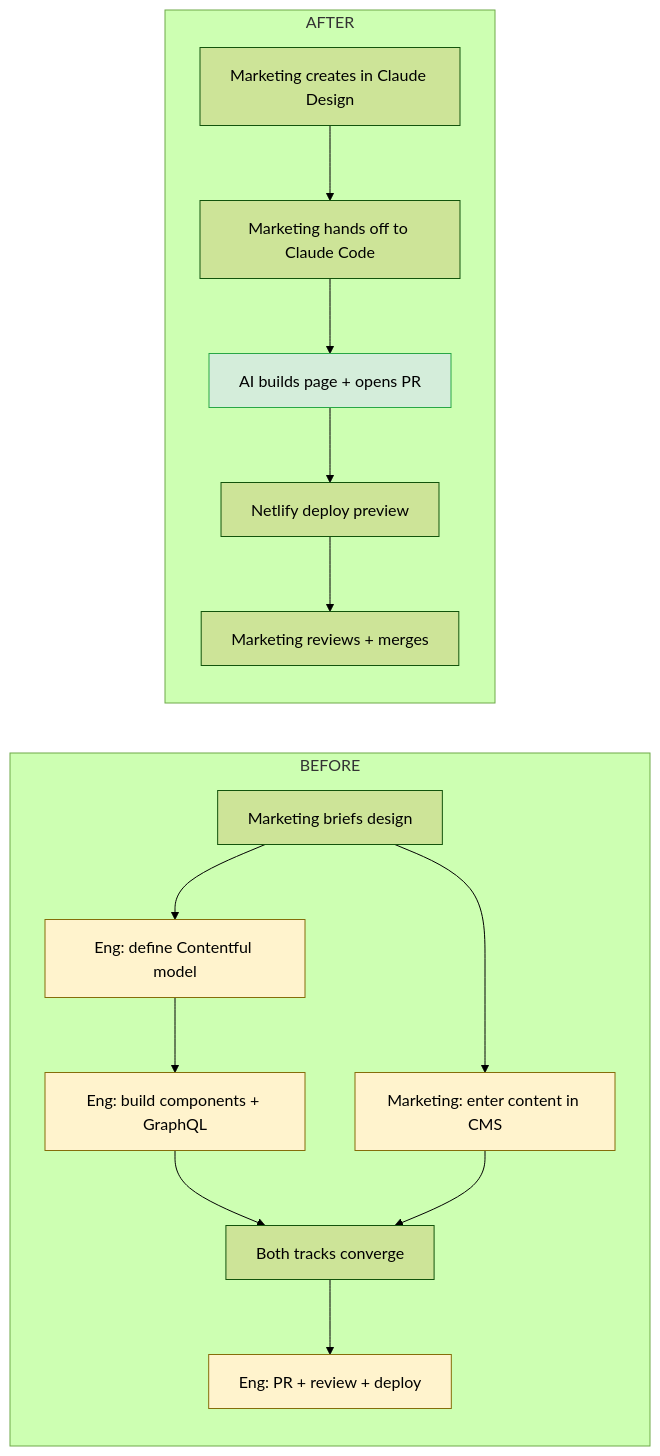
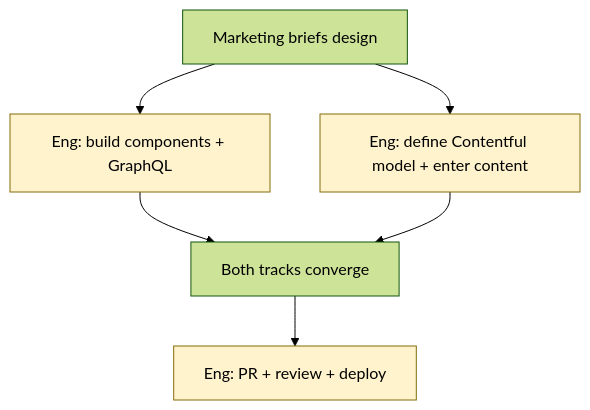
The fifth of 10 diagrams in docs/proposal-remove-contentful.md (phil-inc/phil-us-contentful), drawn with Mermaid (forest theme) before and after one commit. The commit also changed other lines of this file, not shown here.

First line of the commit message:
docs: fix before/after diagrams and clarify eng owns Contentful pipeline

````diff
--- a/docs/proposal-remove-contentful.md
+++ b/docs/proposal-remove-contentful.md
@@ -107,31 +113,12 @@
 ```mermaid
-flowchart LR
-    subgraph before["BEFORE"]
-        direction TB
-        B1["Marketing briefs design"]
-        B2["Eng: define Contentful model"]
-        B3["Eng: build components + GraphQL"]
-        B4["Marketing: enter content in CMS"]
-        B5["Both tracks converge"]
-        B6["Eng: PR + review + deploy"]
-        B1 --> B2 --> B3 --> B5
-        B1 --> B4 --> B5
-        B5 --> B6
-    end
-
-    subgraph after["AFTER"]
-        direction TB
-        A1["Marketing creates in Claude Design"]
-        A2["Marketing hands off to Claude Code"]
-        A3["AI builds page + opens PR"]
-        A4["Netlify deploy preview"]
-        A5["Marketing reviews + merges"]
-        A1 --> A2 --> A3 --> A4 --> A5
-    end
+flowchart TB
+    B1["Marketing briefs design"] --> B2["Eng: build components + GraphQL"]
+    B1 --> B3["Eng: define Contentful model + enter content"]
+    B2 --> B4["Both tracks converge"]
+    B3 --> B4
+    B4 --> B5["Eng: PR + review + deploy"]
 
     style B2 fill:#fff3cd,stroke:#856d0a
     style B3 fill:#fff3cd,stroke:#856d0a
-    style B4 fill:#fff3cd,stroke:#856d0a
-    style B6 fill:#fff3cd,stroke:#856d0a
-    style A3 fill:#d4edda,stroke:#28a745
+    style B5 fill:#fff3cd,stroke:#856d0a
 ```
````
